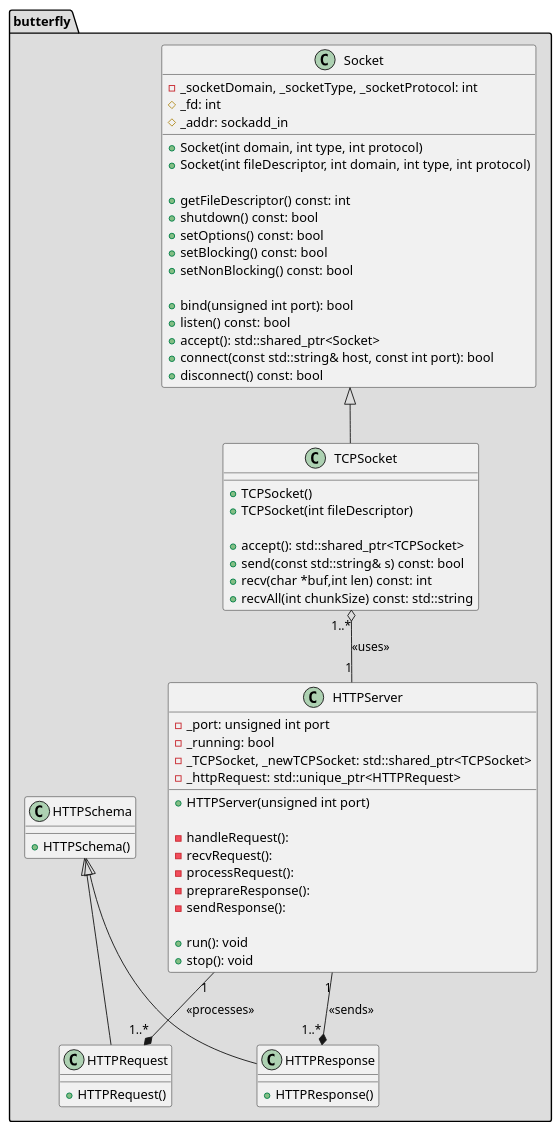
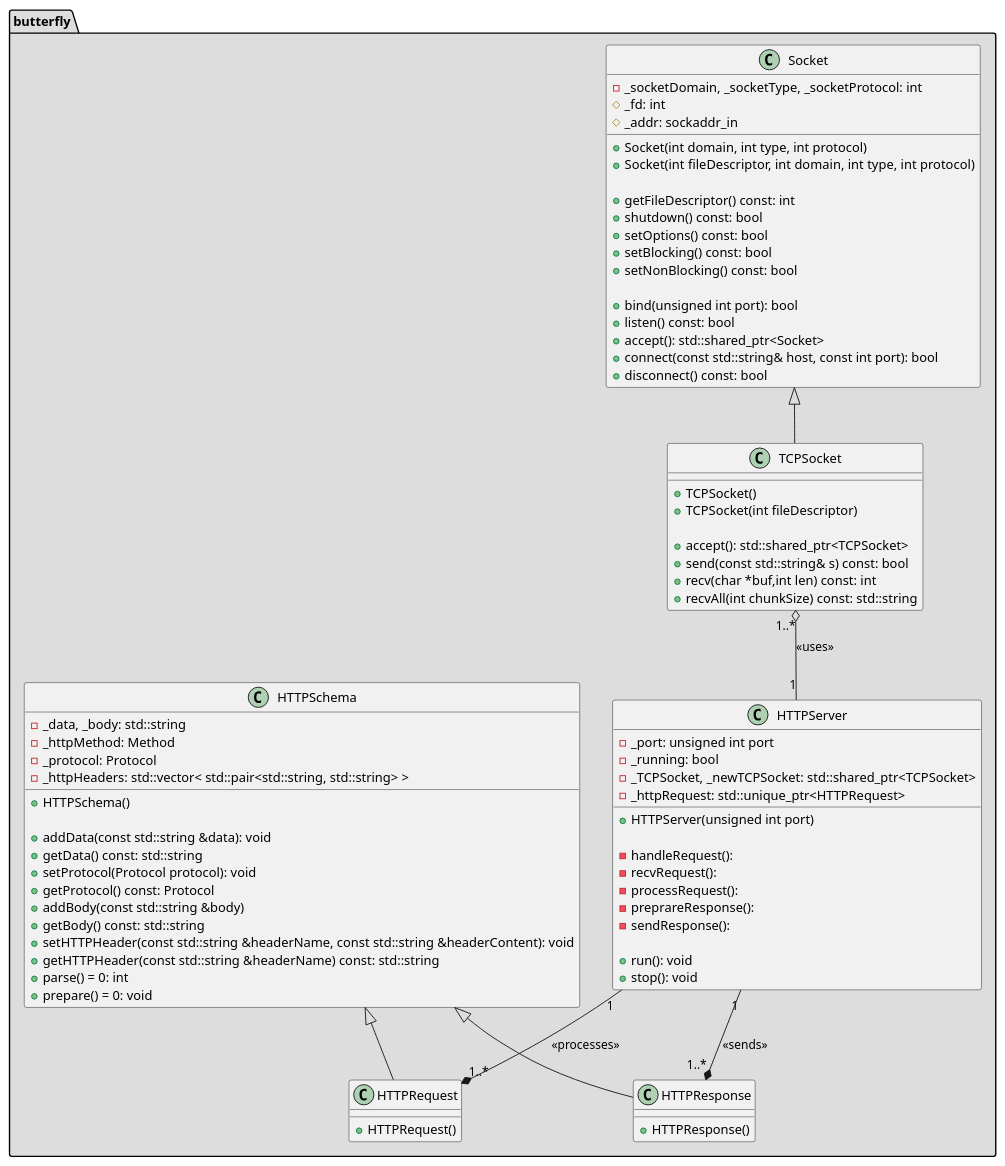
One commit to bierschi/butterfly changed the diagram in architecture/class_diagrams/httpServer.puml. Above: the diagram before and after it, drawn with PlantUML. The commit also changed 8 other files, not shown here.

Commit message:
Updated the http request handling

```diff
--- a/architecture/class_diagrams/httpServer.puml
+++ b/architecture/class_diagrams/httpServer.puml
@@ -1,86 +1,103 @@
 @startuml
 'https://plantuml.com/sequence-diagram
 package butterfly #DDDDDD
 {
 
 class Socket
 {
     - _socketDomain, _socketType, _socketProtocol: int
     # _fd: int
-    # _addr: sockadd_in
+    # _addr: sockaddr_in
 
-    +Socket(int domain, int type, int protocol)
-    +Socket(int fileDescriptor, int domain, int type, int protocol)
+    + Socket(int domain, int type, int protocol)
+    + Socket(int fileDescriptor, int domain, int type, int protocol)
 
-    +getFileDescriptor() const: int
-    +shutdown() const: bool
-    +setOptions() const: bool
-    +setBlocking() const: bool
-    +setNonBlocking() const: bool
+    + getFileDescriptor() const: int
+    + shutdown() const: bool
+    + setOptions() const: bool
+    + setBlocking() const: bool
+    + setNonBlocking() const: bool
 
-    +bind(unsigned int port): bool
-    +listen() const: bool
-    +accept(): std::shared_ptr<Socket>
-    +connect(const std::string& host, const int port): bool
-    +disconnect() const: bool
+    + bind(unsigned int port): bool
+    + listen() const: bool
+    + accept(): std::shared_ptr<Socket>
+    + connect(const std::string& host, const int port): bool
+    + disconnect() const: bool
 }
 
 class TCPSocket
 {
 
-    +TCPSocket()
-    +TCPSocket(int fileDescriptor)
+    + TCPSocket()
+    + TCPSocket(int fileDescriptor)
 
-    +accept(): std::shared_ptr<TCPSocket>
-    +send(const std::string& s) const: bool
-    +recv(char *buf,int len) const: int
-    +recvAll(int chunkSize) const: std::string
+    + accept(): std::shared_ptr<TCPSocket>
+    + send(const std::string& s) const: bool
+    + recv(char *buf,int len) const: int
+    + recvAll(int chunkSize) const: std::string
 }
+
 
 class HTTPServer
 {
     - _port: unsigned int port
     - _running: bool
     - _TCPSocket, _newTCPSocket: std::shared_ptr<TCPSocket>
     - _httpRequest: std::unique_ptr<HTTPRequest>
-    +HTTPServer(unsigned int port)
 
-    -handleRequest():
-    -recvRequest():
-    -processRequest():
-    -preprareResponse():
-    -sendResponse():
+    + HTTPServer(unsigned int port)
+
+    - handleRequest():
+    - recvRequest():
+    - processRequest():
+    - preprareResponse():
+    - sendResponse():
 
     +run(): void
     +stop(): void
 }
 
 class HTTPSchema
 {
+    - _data, _body: std::string
+    - _httpMethod: Method
+    - _protocol: Protocol
+    - _httpHeaders: std::vector< std::pair<std::string, std::string> >
 
-    +HTTPSchema()
+    + HTTPSchema()
+
+    + addData(const std::string &data): void
+    + getData() const: std::string
+    + setProtocol(Protocol protocol): void
+    + getProtocol() const: Protocol
+    + addBody(const std::string &body)
+    + getBody() const: std::string
+    + setHTTPHeader(const std::string &headerName, const std::string &headerContent): void
+    + getHTTPHeader(const std::string &headerName) const: std::string
+    + parse() = 0: int
+    + prepare() = 0: void
 }
 
 class HTTPRequest
 {
 
     +HTTPRequest()
 }
 
 class HTTPResponse
 {
 
     +HTTPResponse()
 }
 
 Socket            <|-- TCPSocket
 TCPSocket "1..*"  o--  "1" HTTPServer : <<uses>>
 
 HTTPServer "1"    --* "1..*" HTTPRequest: <<processes>>
 HTTPServer "1"    --* "1..*" HTTPResponse: <<sends>>
 
 HTTPSchema <|-- HTTPRequest
 HTTPSchema <|-- HTTPResponse
 
 }
 @enduml
```
